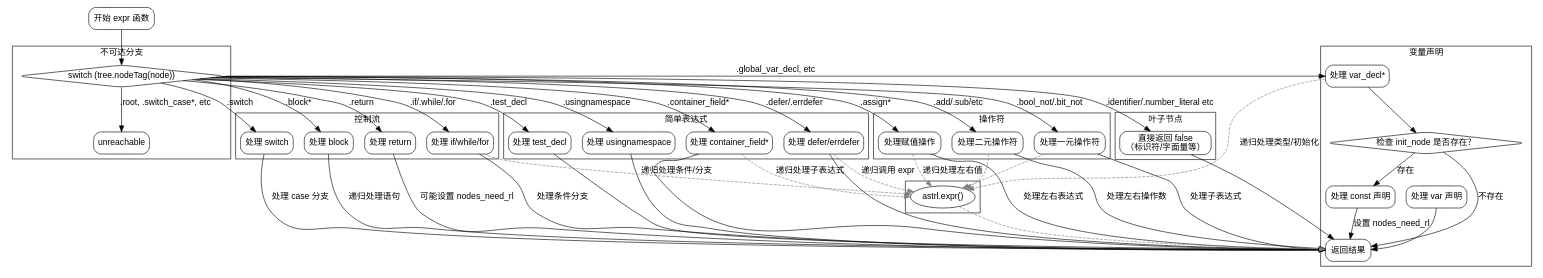
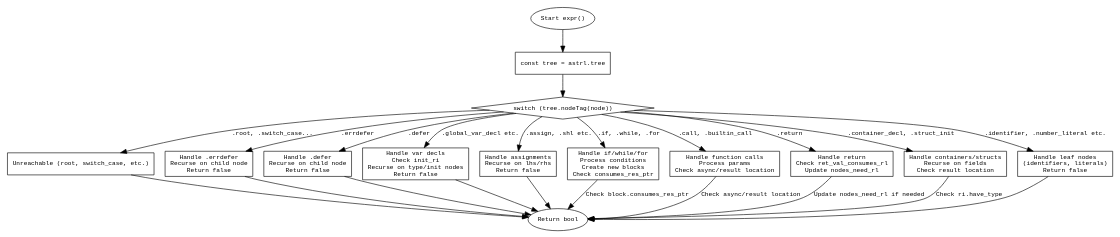
The diagram in dot_std/zig/AstRlAnnotate.zig.expr.md (sdzx-1/deepseek-zig-reader), drawn with Graphviz before and after one commit. The commit also changed other lines of this file and 236 other files, not shown here.

````diff
--- a/dot_std/zig/AstRlAnnotate.zig.expr.md
+++ b/dot_std/zig/AstRlAnnotate.zig.expr.md
@@ -21,113 +48,46 @@
 ```dot
 digraph flowchart {
-    rankdir=TB;
-    node [shape=rectangle, style="rounded", fontname="Arial"];
-    edge [fontname="Arial"];
+    node [shape=rectangle, fontname="Courier", fontsize=10];
+    edge [fontname="Courier", fontsize=10];
 
-    start [label="开始 expr 函数"];
-    switch_node [label="switch (tree.nodeTag(node))", shape=diamond];
-    end [label="返回结果"];
+    start [label="Start expr()", shape=ellipse];
+    get_tree [label="const tree = astrl.tree"];
+    switch_node_tag [label="switch (tree.nodeTag(node))", shape=diamond];
+    unreachable [label="Unreachable (root, switch_case, etc.)"];
+    handle_errdefer [label="Handle .errdefer\nRecurse on child node\nReturn false"];
+    handle_defer [label="Handle .defer\nRecurse on child node\nReturn false"];
+    handle_var_decl [label="Handle var decls\nCheck init_ri\nRecurse on type/init nodes\nReturn false"];
+    handle_assign [label="Handle assignments\nRecurse on lhs/rhs\nReturn false"];
+    handle_control_flow [label="Handle if/while/for\nProcess conditions\nCreate new blocks\nCheck consumes_res_ptr"];
+    handle_call [label="Handle function calls\nProcess params\nCheck async/result location"];
+    handle_return [label="Handle return\nCheck ret_val_consumes_rl\nUpdate nodes_need_rl"];
+    handle_containers [label="Handle containers/structs\nRecurse on fields\nCheck result location"];
+    handle_leaves [label="Handle leaf nodes\n(identifiers, literals)\nReturn false"];
+    end [label="Return bool", shape=ellipse];
 
-    start -> switch_node;
+    start -> get_tree;
+    get_tree -> switch_node_tag;
 
-    // 公共不可达分支
-    subgraph cluster_unreachable {
-        label="不可达分支";
-        unreachable [label="unreachable"];
-        switch_node -> unreachable [label=".root, .switch_case*, etc"];
-    }
+    switch_node_tag -> unreachable [label=".root, .switch_case..."];
+    switch_node_tag -> handle_errdefer [label=".errdefer"];
+    switch_node_tag -> handle_defer [label=".defer"];
+    switch_node_tag -> handle_var_decl [label=".global_var_decl etc."];
+    switch_node_tag -> handle_assign [label=".assign, .shl etc."];
+    switch_node_tag -> handle_control_flow [label=".if, .while, .for"];
+    switch_node_tag -> handle_call [label=".call, .builtin_call"];
+    switch_node_tag -> handle_return [label=".return"];
+    switch_node_tag -> handle_containers [label=".container_decl, .struct_init"];
+    switch_node_tag -> handle_leaves [label=".identifier, .number_literal etc."];
 
-    // 简单表达式处理
-    subgraph cluster_simple {
-        label="简单表达式";
-        defer_errdefer [label="处理 defer/errdefer"];
-        test_decl [label="处理 test_decl"];
-        usingnamespace [label="处理 usingnamespace"];
-        container_field [label="处理 container_field*"];
-
-        switch_node -> defer_errdefer [label=".defer/.errdefer"];
-        switch_node -> test_decl [label=".test_decl"];
-        switch_node -> usingnamespace [label=".usingnamespace"];
-        switch_node -> container_field [label=".container_field*"];
-    }
-
-    // 变量声明处理
-    subgraph cluster_var_decl {
-        label="变量声明";
-        var_decl [label="处理 var_decl*"];
-        check_init [label="检查 init_node 是否存在？", shape=diamond];
-        handle_const [label="处理 const 声明"];
-        handle_var [label="处理 var 声明"];
-
-        switch_node -> var_decl [label=".global_var_decl, etc"];
-        var_decl -> check_init;
-        check_init -> handle_const [label="存在"];
-        check_init -> end [label="不存在"];
-        handle_const -> end [label="设置 nodes_need_rl"];
-        handle_var -> end;
-    }
-
-    // 控制流结构
-    subgraph cluster_control_flow {
-        label="控制流";
-        if_stmt [label="处理 if/while/for"];
-        block_expr [label="处理 block"];
-        return_stmt [label="处理 return"];
-        switch_stmt [label="处理 switch"];
-
-        switch_node -> if_stmt [label=".if/.while/.for"];
-        switch_node -> block_expr [label=".block*"];
-        switch_node -> return_stmt [label=".return"];
-        switch_node -> switch_stmt [label=".switch"];
-
-        if_stmt -> end [label="处理条件分支"];
-        block_expr -> end [label="递归处理语句"];
-        return_stmt -> end [label="可能设置 nodes_need_rl"];
-        switch_stmt -> end [label="处理 case 分支"];
-    }
-
-    // 操作符处理
-    subgraph cluster_operators {
-        label="操作符";
-        assign [label="处理赋值操作"];
-        binary_ops [label="处理二元操作符"];
-        unary_ops [label="处理一元操作符"];
-
-        switch_node -> assign [label=".assign*"];
-        switch_node -> binary_ops [label=".add/.sub/etc"];
-        switch_node -> unary_ops [label=".bool_not/.bit_not"];
-
-        assign -> end [label="处理左右表达式"];
-        binary_ops -> end [label="处理左右操作数"];
-        unary_ops -> end [label="处理子表达式"];
-    }
-
-    // 叶子节点直接返回
-    subgraph cluster_leaves {
-        label="叶子节点";
-        leaves [label="直接返回 false\n（标识符/字面量等）"];
-        switch_node -> leaves [label=".identifier/.number_literal etc"];
-    }
-
-    // 递归调用路径
-    subgraph cluster_recursion {
-        edge [style=dashed, color=gray];
-        defer_errdefer -> expr_call [label="递归调用 expr"];
-        container_field -> expr_call [label="递归处理子表达式"];
-        var_decl -> expr_call [label="递归处理类型/初始化"];
-        if_stmt -> expr_call [label="递归处理条件/分支"];
-        assign -> expr_call [label="递归处理左右值"];
-        binary_ops -> expr_call;
-        unary_ops -> expr_call;
-        expr_call [label="astrl.expr()", shape=ellipse];
-        expr_call -> end;
-    }
-
-    // 最终返回路径
-    defer_errdefer -> end;
-    test_decl -> end;
-    usingnamespace -> end;
-    container_field -> end;
-    leaves -> end;
+    handle_errdefer -> end;
+    handle_defer -> end;
+    handle_var_decl -> end;
+    handle_assign -> end;
+    handle_control_flow -> end [label="Check block.consumes_res_ptr"];
+    handle_call -> end [label="Check async/result location"];
+    handle_return -> end [label="Update nodes_need_rl if needed"];
+    handle_containers -> end [label="Check ri.have_type"];
+    handle_leaves -> end;
+    unreachable -> end;
 }
-``` 
+```
````
